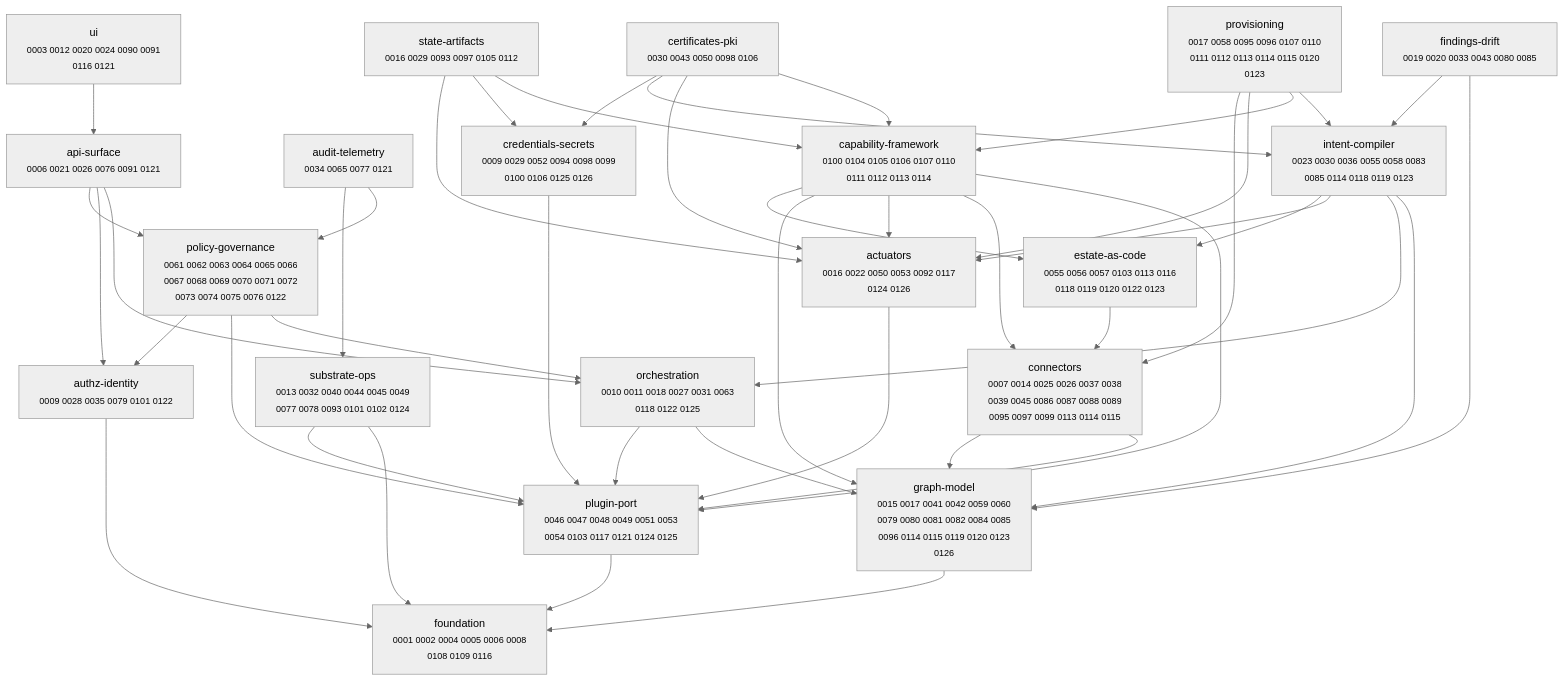
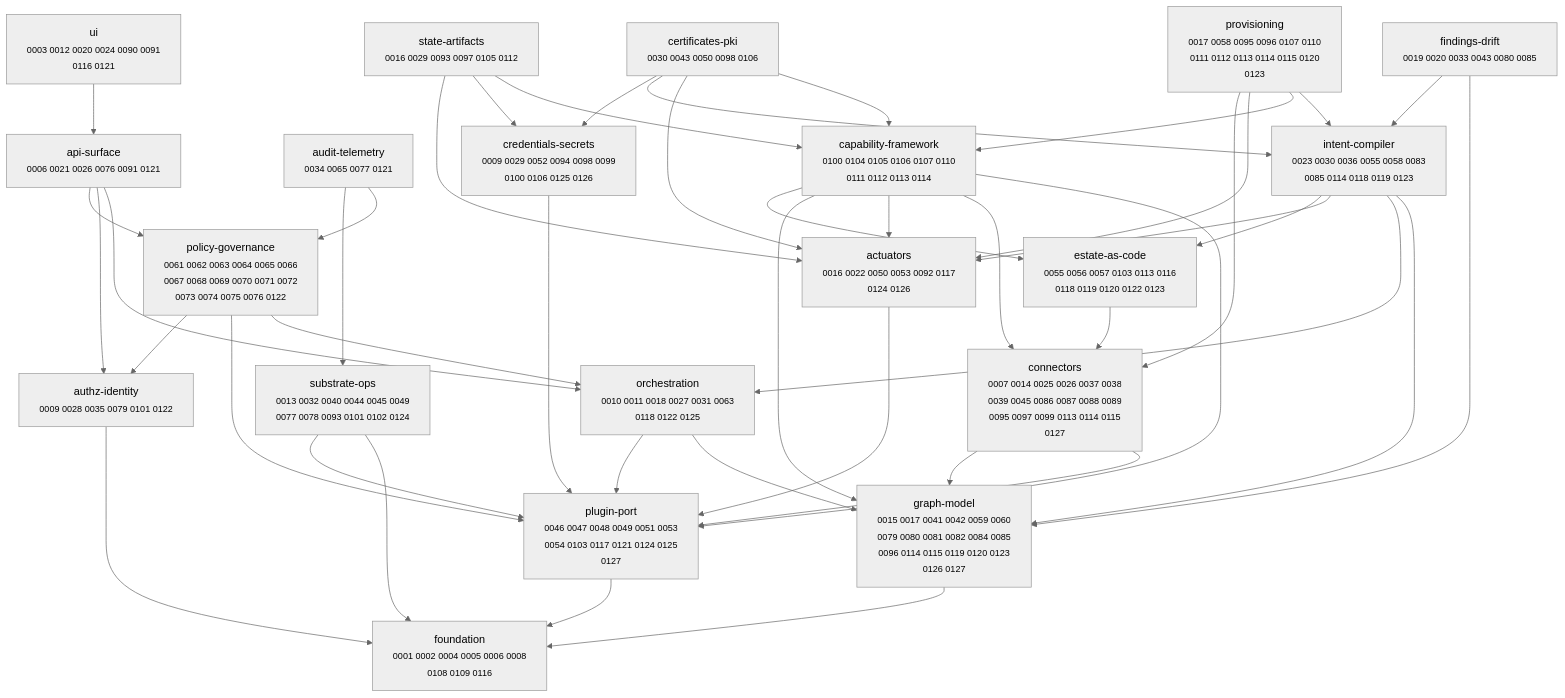
One commit to dstout-devops/stratt changed the diagram in docs/adr/MAP.md. Above: the diagram before and after it, drawn with Mermaid (neutral theme). The commit also changed other lines of this file and 2 other files, not shown here.

````diff
--- a/docs/adr/MAP.md
+++ b/docs/adr/MAP.md
@@ -11,67 +11,67 @@
 ```mermaid
 graph TD
   actuators["actuators<br/><small>0016 0022 0050 0053 0092 0117<br/>0124 0126</small>"]
   api_surface["api-surface<br/><small>0006 0021 0026 0076 0091 0121</small>"]
   audit_telemetry["audit-telemetry<br/><small>0034 0065 0077 0121</small>"]
   authz_identity["authz-identity<br/><small>0009 0028 0035 0079 0101 0122</small>"]
   capability_framework["capability-framework<br/><small>0100 0104 0105 0106 0107 0110<br/>0111 0112 0113 0114</small>"]
   certificates_pki["certificates-pki<br/><small>0030 0043 0050 0098 0106</small>"]
-  connectors["connectors<br/><small>0007 0014 0025 0026 0037 0038<br/>0039 0045 0086 0087 0088 0089<br/>0095 0097 0099 0113 0114 0115</small>"]
+  connectors["connectors<br/><small>0007 0014 0025 0026 0037 0038<br/>0039 0045 0086 0087 0088 0089<br/>0095 0097 0099 0113 0114 0115<br/>0127</small>"]
   credentials_secrets["credentials-secrets<br/><small>0009 0029 0052 0094 0098 0099<br/>0100 0106 0125 0126</small>"]
   estate_as_code["estate-as-code<br/><small>0055 0056 0057 0103 0113 0116<br/>0118 0119 0120 0122 0123</small>"]
   findings_drift["findings-drift<br/><small>0019 0020 0033 0043 0080 0085</small>"]
   foundation["foundation<br/><small>0001 0002 0004 0005 0006 0008<br/>0108 0109 0116</small>"]
-  graph_model["graph-model<br/><small>0015 0017 0041 0042 0059 0060<br/>0079 0080 0081 0082 0084 0085<br/>0096 0114 0115 0119 0120 0123<br/>0126</small>"]
+  graph_model["graph-model<br/><small>0015 0017 0041 0042 0059 0060<br/>0079 0080 0081 0082 0084 0085<br/>0096 0114 0115 0119 0120 0123<br/>0126 0127</small>"]
   intent_compiler["intent-compiler<br/><small>0023 0030 0036 0055 0058 0083<br/>0085 0114 0118 0119 0123</small>"]
   orchestration["orchestration<br/><small>0010 0011 0018 0027 0031 0063<br/>0118 0122 0125</small>"]
-  plugin_port["plugin-port<br/><small>0046 0047 0048 0049 0051 0053<br/>0054 0103 0117 0121 0124 0125</small>"]
+  plugin_port["plugin-port<br/><small>0046 0047 0048 0049 0051 0053<br/>0054 0103 0117 0121 0124 0125<br/>0127</small>"]
   policy_governance["policy-governance<br/><small>0061 0062 0063 0064 0065 0066<br/>0067 0068 0069 0070 0071 0072<br/>0073 0074 0075 0076 0122</small>"]
   provisioning["provisioning<br/><small>0017 0058 0095 0096 0107 0110<br/>0111 0112 0113 0114 0115 0120<br/>0123</small>"]
   state_artifacts["state-artifacts<br/><small>0016 0029 0093 0097 0105 0112</small>"]
   substrate_ops["substrate-ops<br/><small>0013 0032 0040 0044 0045 0049<br/>0077 0078 0093 0101 0102 0124</small>"]
   ui["ui<br/><small>0003 0012 0020 0024 0090 0091<br/>0116 0121</small>"]
 
   actuators --> plugin_port
   api_surface --> orchestration
   api_surface --> authz_identity
   api_surface --> policy_governance
   audit_telemetry --> policy_governance
   audit_telemetry --> substrate_ops
   authz_identity --> foundation
   capability_framework --> plugin_port
   capability_framework --> connectors
   capability_framework --> actuators
   capability_framework --> graph_model
   capability_framework --> estate_as_code
   certificates_pki --> capability_framework
   certificates_pki --> actuators
   certificates_pki --> intent_compiler
   certificates_pki --> credentials_secrets
   connectors --> plugin_port
   connectors --> graph_model
   credentials_secrets --> plugin_port
   estate_as_code --> connectors
   findings_drift --> graph_model
   findings_drift --> intent_compiler
   graph_model --> foundation
   intent_compiler --> graph_model
   intent_compiler --> orchestration
   intent_compiler --> actuators
   intent_compiler --> estate_as_code
   orchestration --> graph_model
   orchestration --> plugin_port
   plugin_port --> foundation
   policy_governance --> orchestration
   policy_governance --> plugin_port
   policy_governance --> authz_identity
   provisioning --> intent_compiler
   provisioning --> capability_framework
   provisioning --> actuators
   provisioning --> connectors
   state_artifacts --> capability_framework
   state_artifacts --> credentials_secrets
   state_artifacts --> actuators
   substrate_ops --> foundation
   substrate_ops --> plugin_port
   ui --> api_surface
 ```
````
